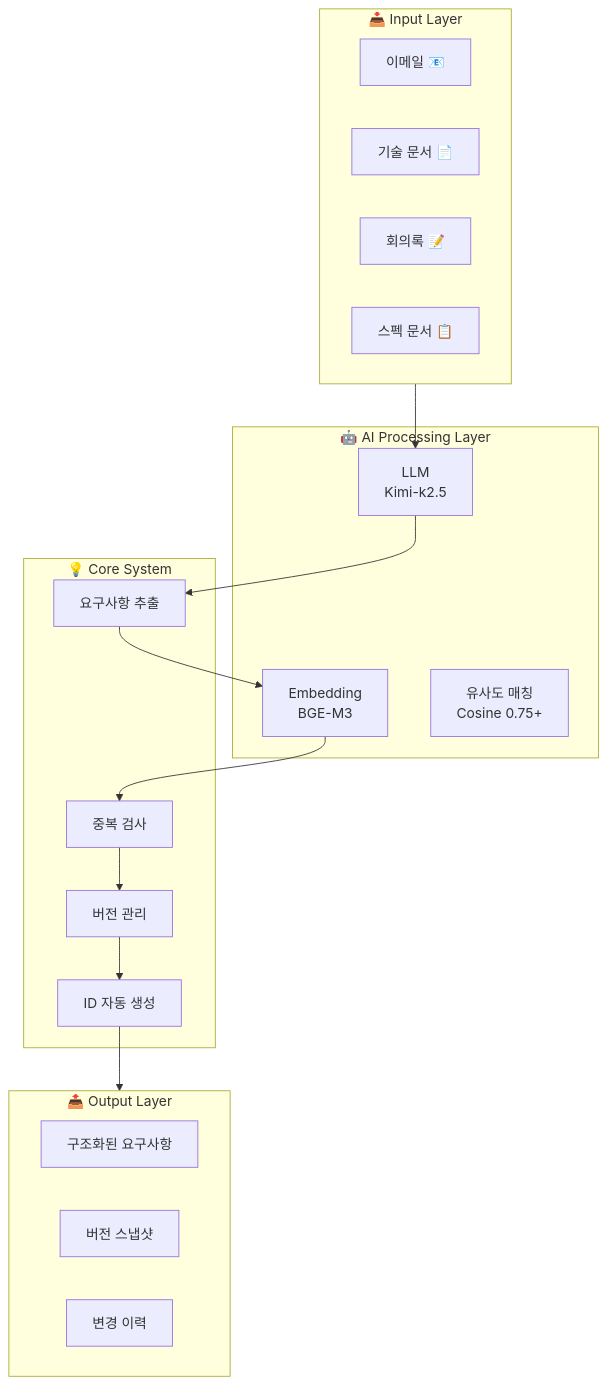
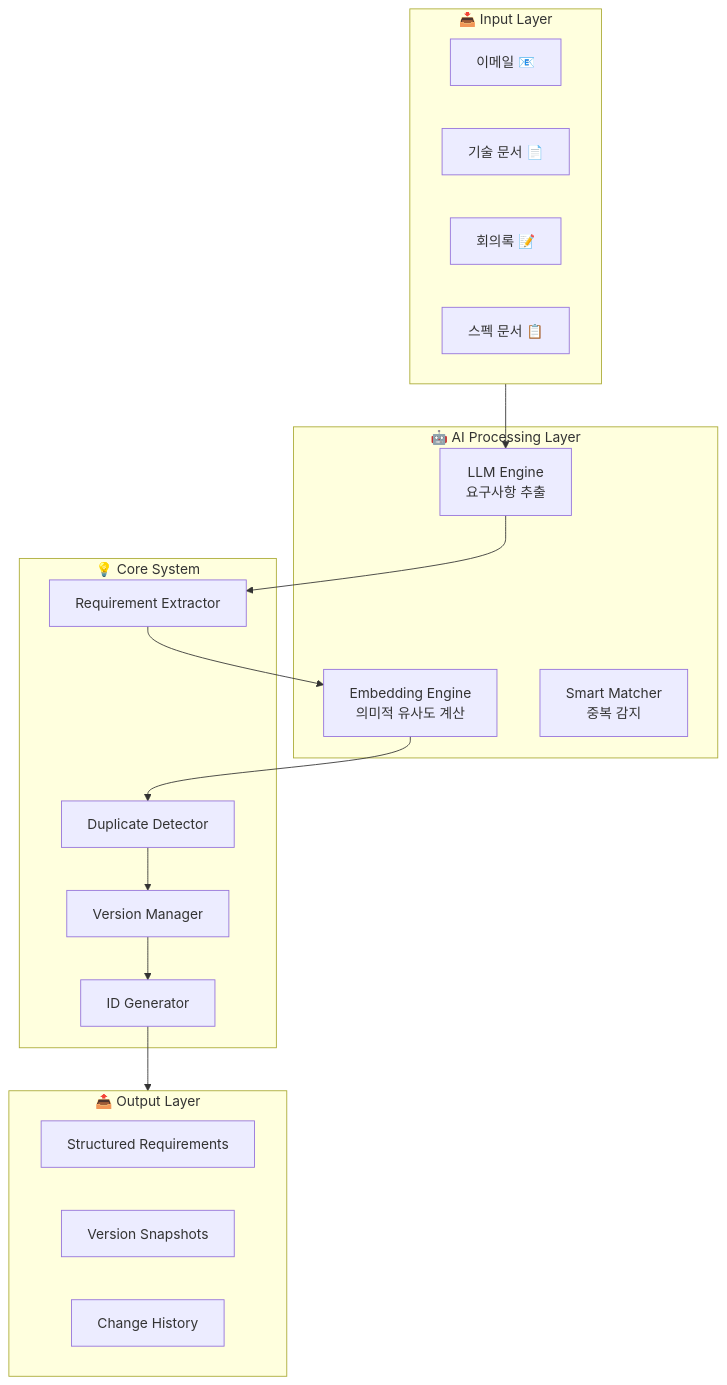
Before and after one commit to Vegitime-bot/Requirement_management: the first of 8 diagrams in README.md, drawn with Mermaid. The commit also changed other lines of this file and 2 other files, not shown here.

````diff
--- a/README.md
+++ b/README.md
@@ -13,36 +15,36 @@
 ```mermaid
 flowchart TB
     subgraph Input["📥 Input Layer"]
         A1["이메일 📧"]
         A2["기술 문서 📄"]
         A3["회의록 📝"]
         A4["스펙 문서 📋"]
     end
 
     subgraph AI["🤖 AI Processing Layer"]
-        B1["LLM<br/>Kimi-k2.5"]
-        B2["Embedding<br/>BGE-M3"]
-        B3["유사도 매칭<br/>Cosine 0.75+"]
+        B1["LLM Engine<br/>요구사항 추출"]
+        B2["Embedding Engine<br/>의미적 유사도 계산"]
+        B3["Smart Matcher<br/>중복 감지"]
     end
 
     subgraph Core["💡 Core System"]
-        C1["요구사항 추출"]
-        C2["중복 검사"]
-        C3["버전 관리"]
-        C4["ID 자동 생성"]
+        C1["Requirement Extractor"]
+        C2["Duplicate Detector"]
+        C3["Version Manager"]
+        C4["ID Generator"]
     end
 
     subgraph Output["📤 Output Layer"]
-        D1["구조화된 요구사항"]
-        D2["버전 스냅샷"]
-        D3["변경 이력"]
+        D1["Structured Requirements"]
+        D2["Version Snapshots"]
+        D3["Change History"]
     end
 
     Input --> B1
     B1 --> C1
     C1 --> B2
     B2 --> C2
     C2 --> C3
     C3 --> C4
     C4 --> Output
 ```
````
